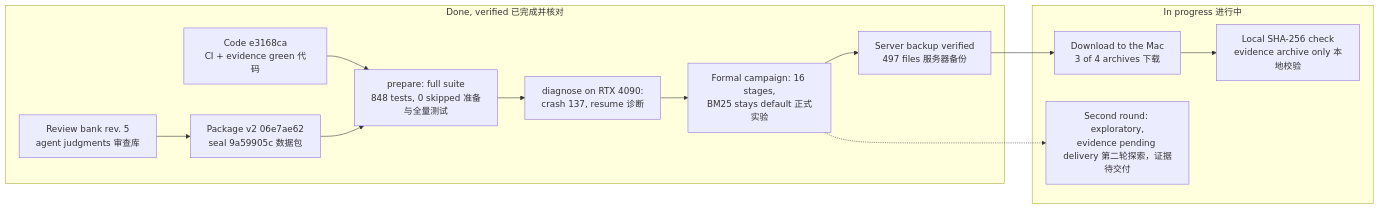
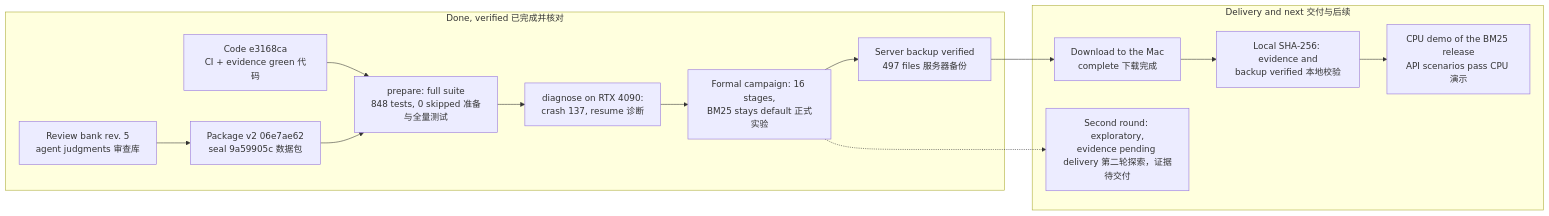
One commit to Hector-sau/devsearch changed the first of 5 diagrams in docs/DIAGRAMS.md. Above: the diagram before and after it, drawn with Mermaid. The commit also changed other lines of this file and 12 other files, not shown here.

First line of the commit message:
Docs: claim boundaries and full-suite status fixed; CPU demo of the formal BM25 release recorded

````diff
--- a/docs/DIAGRAMS.md
+++ b/docs/DIAGRAMS.md
@@ -12,21 +12,23 @@
 ```mermaid
 flowchart LR
   subgraph DONE["Done, verified 已完成并核对"]
     C["Code e3168ca<br/>CI + evidence green 代码"]
     B["Review bank rev. 5<br/>agent judgments 审查库"]
     P["Package v2 06e7ae62<br/>seal 9a59905c 数据包"]
     Q["prepare: full suite<br/>848 tests, 0 skipped 准备与全量测试"]
     D["diagnose on RTX 4090:<br/>crash 137, resume 诊断"]
     R["Formal campaign: 16 stages,<br/>BM25 stays default 正式实验"]
     K["Server backup verified<br/>497 files 服务器备份"]
   end
-  subgraph NOW["In progress 进行中"]
-    W["Download to the Mac<br/>3 of 4 archives 下载"]
-    H["Local SHA-256 check<br/>evidence archive only 本地校验"]
+  subgraph NOW["Delivery and next 交付与后续"]
+    W["Download to the Mac<br/>complete 下载完成"]
+    H["Local SHA-256: evidence and<br/>backup verified 本地校验"]
     X["Second round: exploratory,<br/>evidence pending delivery 第二轮探索，证据待交付"]
+    M2["CPU demo of the BM25 release<br/>API scenarios pass CPU 演示"]
   end
   C --> Q
   B --> P --> Q
   Q --> D --> R --> K --> W --> H
   R -.-> X
+  H --> M2
 ```
````
